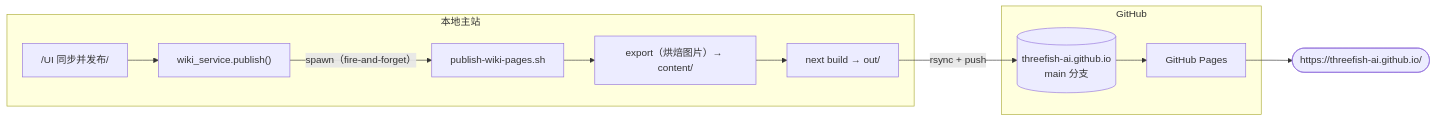
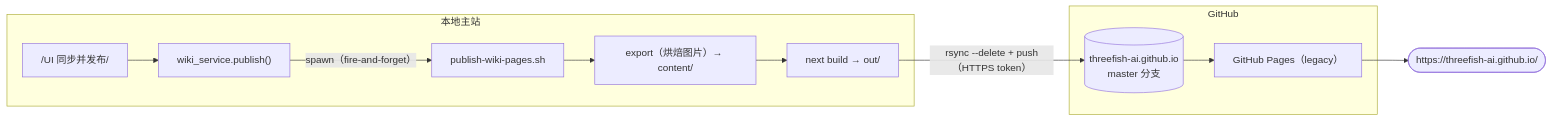
Before and after one commit to ThreeFish-AI/negentropy: the second of 2 diagrams in docs/reference/wiki/deployment.md, drawn with Mermaid. The commit also changed other lines of this file and 3 other files, not shown here.

First line of the commit message:
feat(Wiki): Pages 自动发布对齐真实环境（HTTPS token + 默认 master + 覆盖前备份）;

````diff
--- a/docs/reference/wiki/deployment.md
+++ b/docs/reference/wiki/deployment.md
@@ -279,14 +279,14 @@
 ```mermaid
 flowchart LR
   subgraph Local["本地主站"]
     PUB["/UI 同步并发布/"] --> SVC["wiki_service.publish()"]
     SVC -->|"spawn（fire-and-forget）"| SH["publish-wiki-pages.sh"]
     SH --> EXP["export（烘焙图片）→ content/"]
     EXP --> BUILD["next build → out/"]
   end
   subgraph Remote["GitHub"]
-    REPO[("threefish-ai.github.io<br/>main 分支")] --> PAGES["GitHub Pages"]
+    REPO[("threefish-ai.github.io<br/>master 分支")] --> PAGES["GitHub Pages（legacy）"]
   end
-  BUILD -->|"rsync + push"| REPO
+  BUILD -->|"rsync --delete + push（HTTPS token）"| REPO
   PAGES --> USER(["https://threefish-ai.github.io/"])
 ```
````
